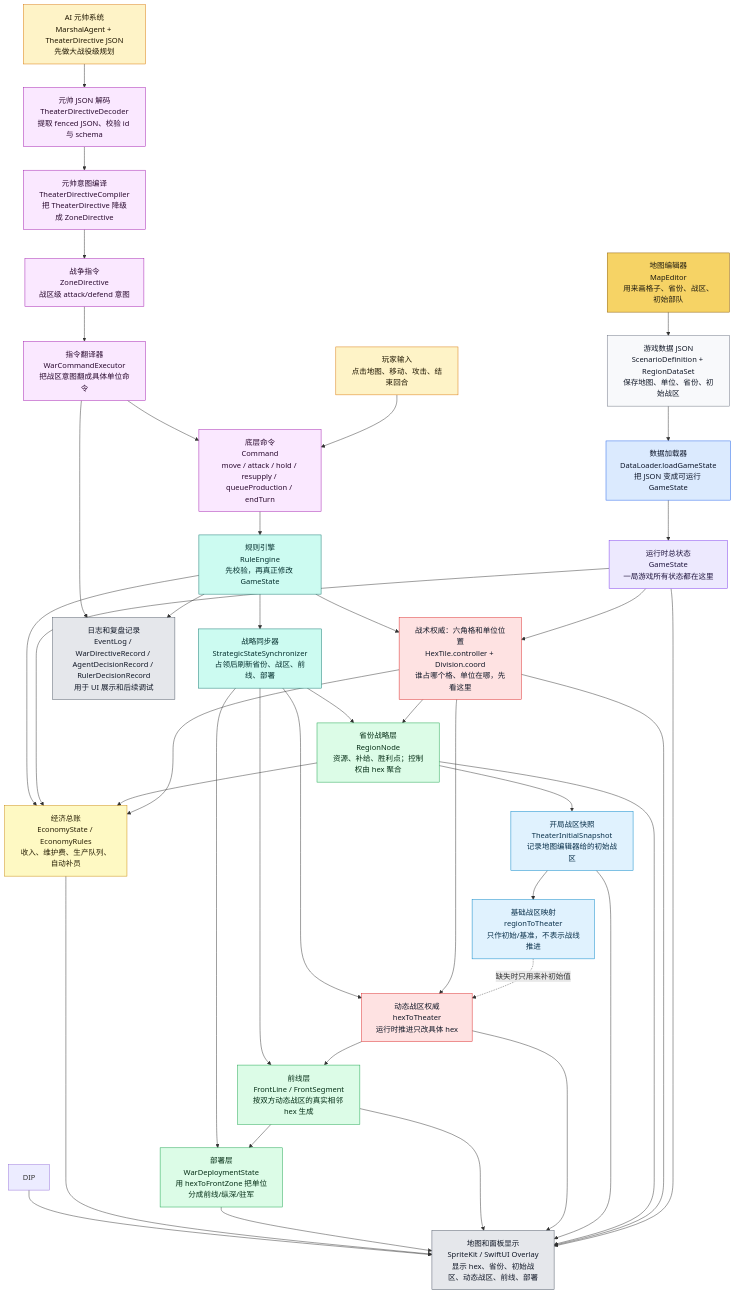
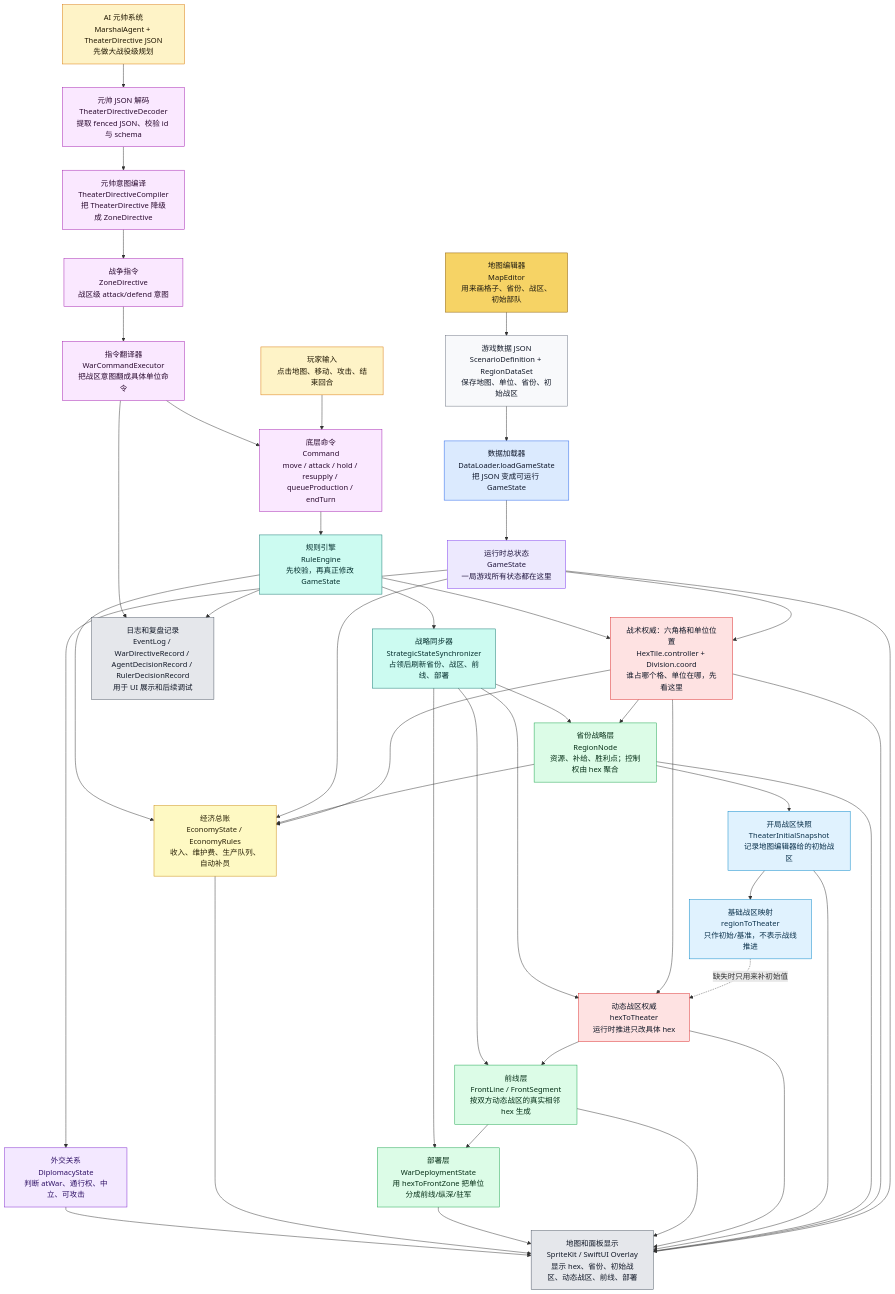
The second of 9 diagrams in md/flow/flowchart.md (Altman-sam114/126), drawn with Mermaid before and after one commit. The commit also changed other lines of this file and 44 other files, not shown here.

````diff
--- a/md/flow/flowchart.md
+++ b/md/flow/flowchart.md
@@ -72,75 +72,78 @@
 ```mermaid
 flowchart TD
     ME["地图编辑器<br/>MapEditor<br/>用来画格子、省份、战区、初始部队"]:::editor
     JSON["游戏数据 JSON<br/>ScenarioDefinition + RegionDataSet<br/>保存地图、单位、省份、初始战区"]:::data
     DL["数据加载器<br/>DataLoader.loadGameState<br/>把 JSON 变成可运行 GameState"]:::loader
     GS["运行时总状态<br/>GameState<br/>一局游戏所有状态都在这里"]:::state
 
     HEX["战术权威：六角格和单位位置<br/>HexTile.controller + Division.coord<br/>谁占哪个格、单位在哪，先看这里"]:::authority
     REGION["省份战略层<br/>RegionNode<br/>资源、补给、胜利点；控制权由 hex 聚合"]:::derived
     INIT["开局战区快照<br/>TheaterInitialSnapshot<br/>记录地图编辑器给的初始战区"]:::snapshot
     R2T["基础战区映射<br/>regionToTheater<br/>只作初始/基准，不表示战线推进"]:::snapshot
     H2T["动态战区权威<br/>hexToTheater<br/>运行时推进只改具体 hex"]:::authority
     FRONT["前线层<br/>FrontLine / FrontSegment<br/>按双方动态战区的真实相邻 hex 生成"]:::derived
     DEPLOY["部署层<br/>WarDeploymentState<br/>用 hexToFrontZone 把单位分成前线/纵深/驻军"]:::derived
     ECO["经济总账<br/>EconomyState / EconomyRules<br/>收入、维护费、生产队列、自动补员"]:::economy
+    DIP["外交关系<br/>DiplomacyState<br/>判断 atWar、通行权、中立、可攻击"]:::diplomacy
     PLAYER["玩家输入<br/>点击地图、移动、攻击、结束回合"]:::input
     AI["AI 元帅系统<br/>MarshalAgent + TheaterDirective JSON<br/>先做大战役级规划"]:::input
     DEC["元帅 JSON 解码<br/>TheaterDirectiveDecoder<br/>提取 fenced JSON、校验 id 与 schema"]:::command
     COMP["元帅意图编译<br/>TheaterDirectiveCompiler<br/>把 TheaterDirective 降级成 ZoneDirective"]:::command
     ZD["战争指令<br/>ZoneDirective<br/>战区级 attack/defend 意图"]:::command
     WCE["指令翻译器<br/>WarCommandExecutor<br/>把战区意图翻成具体单位命令"]:::command
     CMD["底层命令<br/>Command<br/>move / attack / hold / resupply / queueProduction / endTurn"]:::command
     RE["规则引擎<br/>RuleEngine<br/>先校验，再真正修改 GameState"]:::rules
     SYNC["战略同步器<br/>StrategicStateSynchronizer<br/>占领后刷新省份、战区、前线、部署"]:::rules
 
     UI["地图和面板显示<br/>SpriteKit / SwiftUI Overlay<br/>显示 hex、省份、初始战区、动态战区、前线、部署"]:::ui
     LOG["日志和复盘记录<br/>EventLog / WarDirectiveRecord / AgentDecisionRecord / RulerDecisionRecord<br/>用于 UI 展示和后续调试"]:::ui
 
     ME --> JSON --> DL --> GS
     GS --> HEX
     HEX --> REGION
     HEX --> ECO
     REGION --> ECO
     REGION --> INIT
     INIT --> R2T
     R2T -.->|缺失时只用来补初始值| H2T
     HEX --> H2T
     H2T --> FRONT --> DEPLOY
     GS --> ECO
+    GS --> DIP
 
     PLAYER --> CMD
     AI --> DEC --> COMP --> ZD --> WCE --> CMD
     CMD --> RE --> HEX
     RE --> ECO
     RE --> SYNC
     SYNC --> REGION
     SYNC --> H2T
     SYNC --> FRONT
     SYNC --> DEPLOY
 
     GS --> UI
     HEX --> UI
     REGION --> UI
     INIT --> UI
     H2T --> UI
     FRONT --> UI
     DEPLOY --> UI
     ECO --> UI
     DIP --> UI
     RE --> LOG
     WCE --> LOG
 
     classDef editor fill:#f6d365,stroke:#8a5a00,color:#1f1b10
     classDef data fill:#f8f9fb,stroke:#6b7280,color:#111827
     classDef loader fill:#dbeafe,stroke:#2563eb,color:#0f172a
     classDef state fill:#ede9fe,stroke:#7c3aed,color:#1f143d
     classDef authority fill:#fee2e2,stroke:#dc2626,color:#111827
     classDef derived fill:#dcfce7,stroke:#16a34a,color:#052e16
     classDef snapshot fill:#e0f2fe,stroke:#0284c7,color:#082f49
     classDef input fill:#fef3c7,stroke:#d97706,color:#1f1600
     classDef economy fill:#fef9c3,stroke:#ca8a04,color:#292107
+    classDef diplomacy fill:#f3e8ff,stroke:#7e22ce,color:#2e1065
     classDef command fill:#fae8ff,stroke:#a21caf,color:#2a0a2f
     classDef rules fill:#ccfbf1,stroke:#0f766e,color:#042f2e
     classDef ui fill:#e5e7eb,stroke:#4b5563,color:#111827
 ```
````
